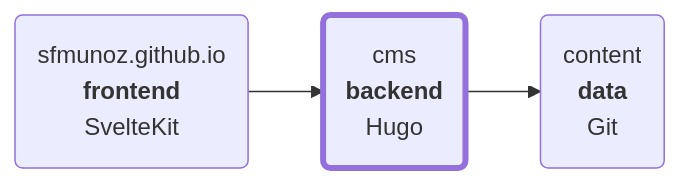
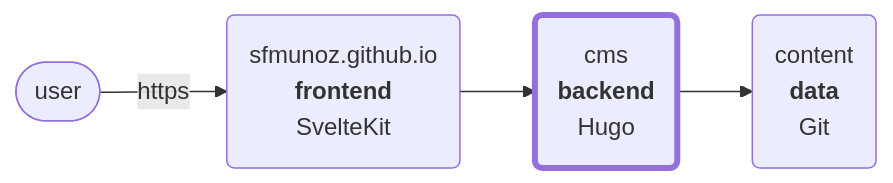
One commit to sfmunoz/cms changed the diagram in README.md. Above: the diagram before and after it, drawn with Mermaid.

Commit message:
README.md: user added to the architecture graph

````diff
--- a/README.md
+++ b/README.md
@@ -18,8 +18,9 @@
 ```mermaid
 flowchart LR
+    user(["user"])
     sfmunoz("`sfmunoz.github.io<br>**frontend**<br>SvelteKit`")
     cms("`cms<br>**backend**<br>Hugo`")
     style cms stroke-width:4px
     content("`content<br>**data**<br>Git`")
-    sfmunoz --> cms --> content
+    user -->|https| sfmunoz --> cms --> content
 ```
````
